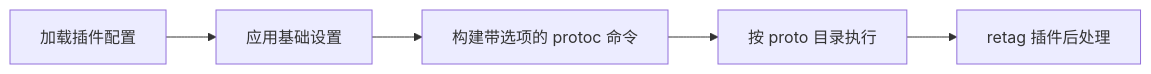
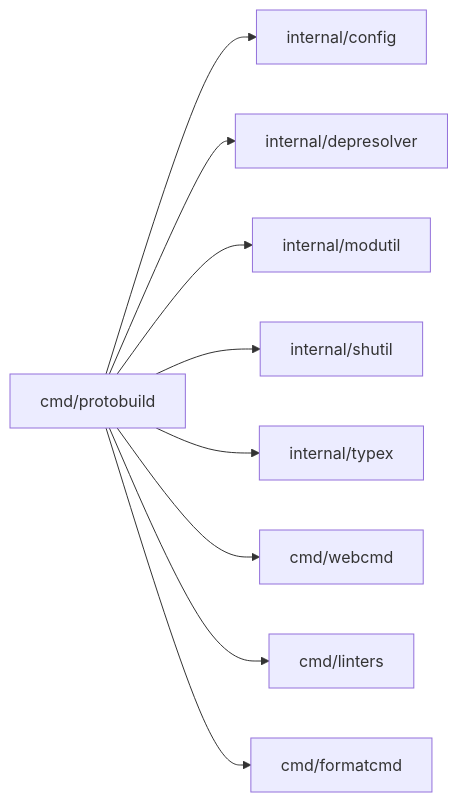
Before and after one commit to pubgo/protobuild: the second of 5 diagrams in docs/DESIGN.md, drawn with Mermaid. The commit also changed other lines of this file and 9 other files, not shown here.

````diff
--- a/docs/DESIGN.md
+++ b/docs/DESIGN.md
@@ -74,7 +38,11 @@
 ```mermaid
 flowchart LR
-  P1[加载插件配置] --> P2[应用基础设置]
-  P2 --> P3[构建带选项的 protoc 命令]
-  P3 --> P4[按 proto 目录执行]
-  P4 --> P5[retag 插件后处理]
+  P[cmd/protobuild] --> R[internal/config]
+  P --> D[internal/depresolver]
+  P --> U[internal/modutil]
+  P --> S[internal/shutil]
+  P --> T[internal/typex]
+  P --> W[cmd/webcmd]
+  P --> L[cmd/linters]
+  P --> F[cmd/formatcmd]
 ```
````
